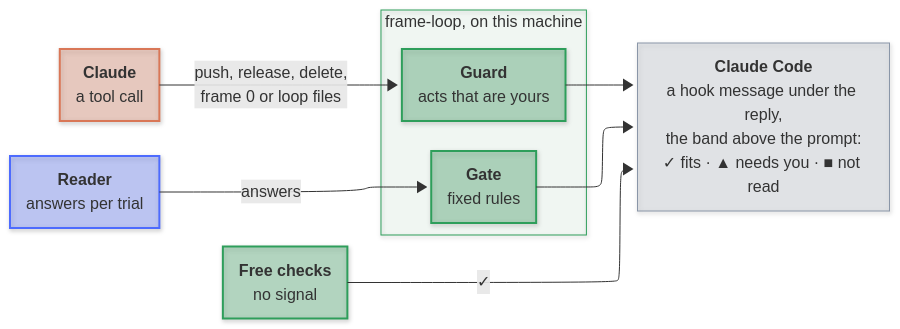
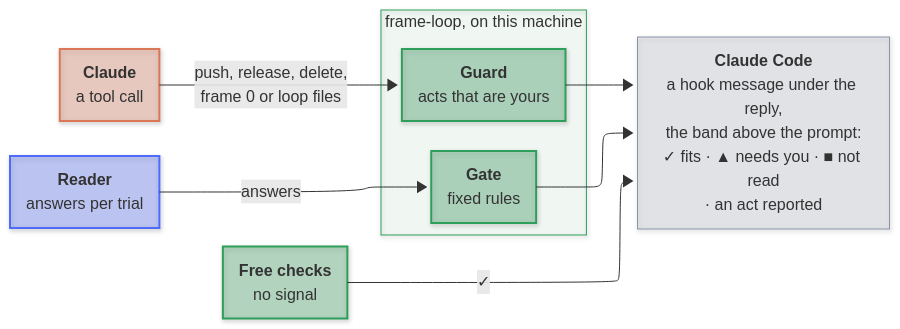
One commit to mirzahusadzic/claude-frame-loop changed the second of 2 diagrams in docs/architecture.md. Above: the diagram before and after it, drawn with Mermaid. The commit also changed other lines of this file and 10 other files, not shown here.

````diff
--- a/docs/architecture.md
+++ b/docs/architecture.md
@@ -93,81 +93,81 @@
 ```mermaid
 ---
 config:
     layout: elk
     look: neo
     themeVariables:
         fontFamily: '-apple-system, BlinkMacSystemFont, "Segoe UI", "Noto Sans", Helvetica, Arial, sans-serif'
     flowchart:
         wrappingWidth: 220
         padding: 20
     themeCSS: >-
         foreignObject { overflow: visible; }
         [data-look="neo"] * { filter: none !important; }
         .node foreignObject, .node foreignObject *, .edgeLabel, .edgeLabel *,
         .cluster-label, .cluster-label * {
         font-family: -apple-system, BlinkMacSystemFont, "Segoe UI", "Noto Sans", Helvetica, Arial, sans-serif !important; line-height: 1.5 !important; }
         .node foreignObject, .node foreignObject * { white-space: nowrap !important; }
         code { font-family: ui-monospace, SFMono-Regular, "SF Mono", Menlo,
         Consolas, monospace; font-size: 0.9em; line-height: inherit;
         color: inherit !important; text-shadow: none !important;
         padding: 0 4px; border-radius: 4px;
         background: color-mix(in srgb, currentColor 14%, transparent)
         !important; }
         .edgeLabel, .edgeLabel p, .edgeLabel span {
         background: transparent !important; }
         .edgeLabel rect { fill: transparent !important; }
         .labelBkg { --knock: var(--vscode-editor-background,
         var(--bgColor-default, rgb(from currentColor
         clamp(30, (128 - r) * 100, 255) clamp(30, (128 - r) * 100, 255)
         clamp(30, (128 - r) * 100, 255)))); --ring: var(--knock);
         --fill: color-mix(in srgb, var(--ring) 30%, var(--knock));
         background: var(--fill) !important; border-radius: 4px;
         box-shadow: 0 0 0 5px var(--fill), 0 0 0 7px var(--ring); }
         .label[data-id^="L_CL_"] .labelBkg {
         --ring: #d97757; }
         .label[data-id^="L_PR_"] .labelBkg,
         .label[data-id^="L_FC_"] .labelBkg,
         .label[data-id^="L_GD_"] .labelBkg {
         --ring: #2e9e5b; }
         .label[data-id^="L_PG_RD_"] .labelBkg,
         .label[data-id^="L_RD_"] .labelBkg {
         --ring: #4d6bfe; }
         .label[data-id^="L_PG_NO_"] .labelBkg {
         --ring: #c94a4a; }
         .edgeLabel p, .edgeLabel span, .edgeLabel text {
         --halo: var(--fill, var(--vscode-editor-background,
         var(--bgColor-default,
         rgb(from currentColor clamp(0, (128 - r) * 100, 255)
         clamp(0, (128 - r) * 100, 255) clamp(0, (128 - r) * 100, 255)))));
         text-shadow: 1px 0 var(--halo), -1px 0 var(--halo),
         0 1px var(--halo), 0 -1px var(--halo), 1px 1px var(--halo),
         -1px -1px var(--halo), 1px -1px var(--halo), -1px 1px var(--halo),
         0 0 3px var(--halo), 0 0 4px var(--halo); }
 ---
 flowchart LR
     CL["<b>Claude</b><br/>a tool call"]
     FC["<b>Free checks</b><br/>no signal"]
     RD["<b>Reader</b><br/>answers per trial"]
     subgraph FL["frame-loop, on this machine"]
         direction TB
         GD["<b>Guard</b><br/>acts that are yours"]
         GT["<b>Gate</b><br/>fixed rules"]
     end
-    OUT["<b>Claude Code</b><br/>a hook message under the reply,<br/>the band above the prompt:<br/>✓ fits · ▲ needs you · ■ not read"]
+    OUT["<b>Claude Code</b><br/>a hook message under the reply,<br/>the band above the prompt:<br/>✓ fits · ▲ needs you · ■ not read<br/>· an act reported"]
     CL -->|"push, release, delete,<br/>frame 0 or loop files"| GD
     RD -->|"answers"| GT
     FC -->|"✓"| OUT
     GT --> OUT
     GD --> OUT
     classDef default fill:#8a96a82e,stroke:#8a96a8,stroke-width:1px
     classDef claude fill:#d977574d,stroke:#d97757,stroke-width:2px
     classDef session fill:#d977570d,stroke:#d97757,stroke-width:1px
     classDef loop fill:#2e9e5b4d,stroke:#2e9e5b,stroke-width:2px
     classDef row fill:#2e9e5b0d,stroke:#2e9e5b,stroke-width:1px
     classDef reader fill:#4d6bfe4d,stroke:#4d6bfe,stroke-width:2px
     classDef refused fill:#c94a4a4d,stroke:#c94a4a,stroke-width:2px
     class CL claude
     class FC,GD,GT loop
     class FL row
     class RD reader
 ```
````
